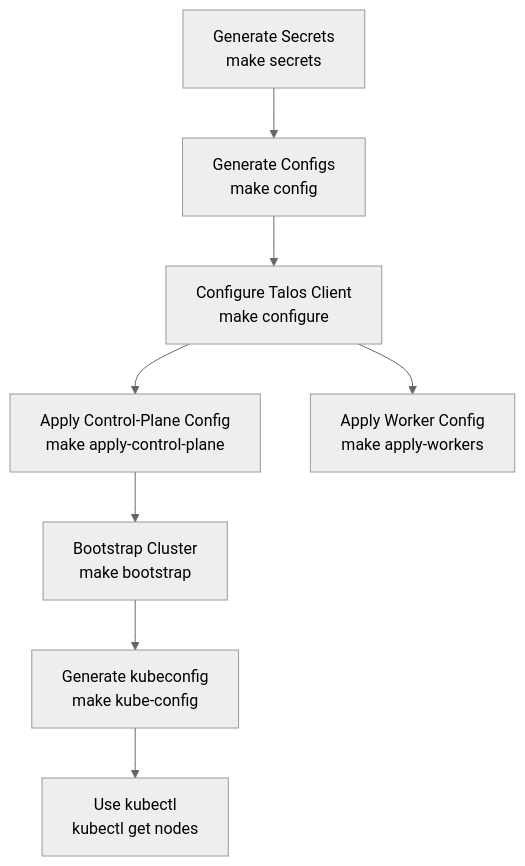
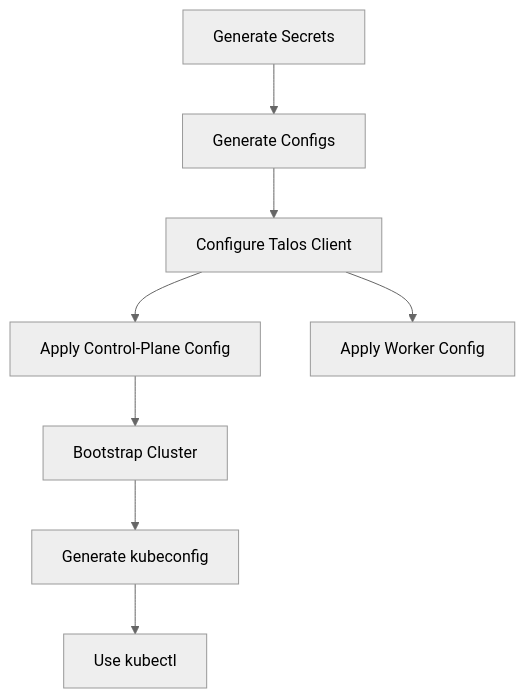
One commit to cfv3-org/k8s-geron changed the diagram in README.md. Above: the diagram before and after it, drawn with Mermaid (neutral theme). The commit also changed other lines of this file and 1 other file, not shown here.

````diff
--- a/README.md
+++ b/README.md
@@ -43,10 +43,10 @@
 ```mermaid
 flowchart TD
-    A[Generate Secrets\nmake secrets] --> B[Generate Configs\nmake config]
-    B --> C[Configure Talos Client\nmake configure]
-    C --> D[Apply Control-Plane Config\nmake apply-control-plane]
-    C --> E[Apply Worker Config\nmake apply-workers]
-    D --> F[Bootstrap Cluster\nmake bootstrap]
-    F --> G[Generate kubeconfig\nmake kube-config]
-    G --> H[Use kubectl\nkubectl get nodes]
+    A[Generate Secrets] --> B[Generate Configs]
+    B --> C[Configure Talos Client]
+    C --> D[Apply Control-Plane Config]
+    C --> E[Apply Worker Config]
+    D --> F[Bootstrap Cluster]
+    F --> G[Generate kubeconfig]
+    G --> H[Use kubectl]
 ```
````
